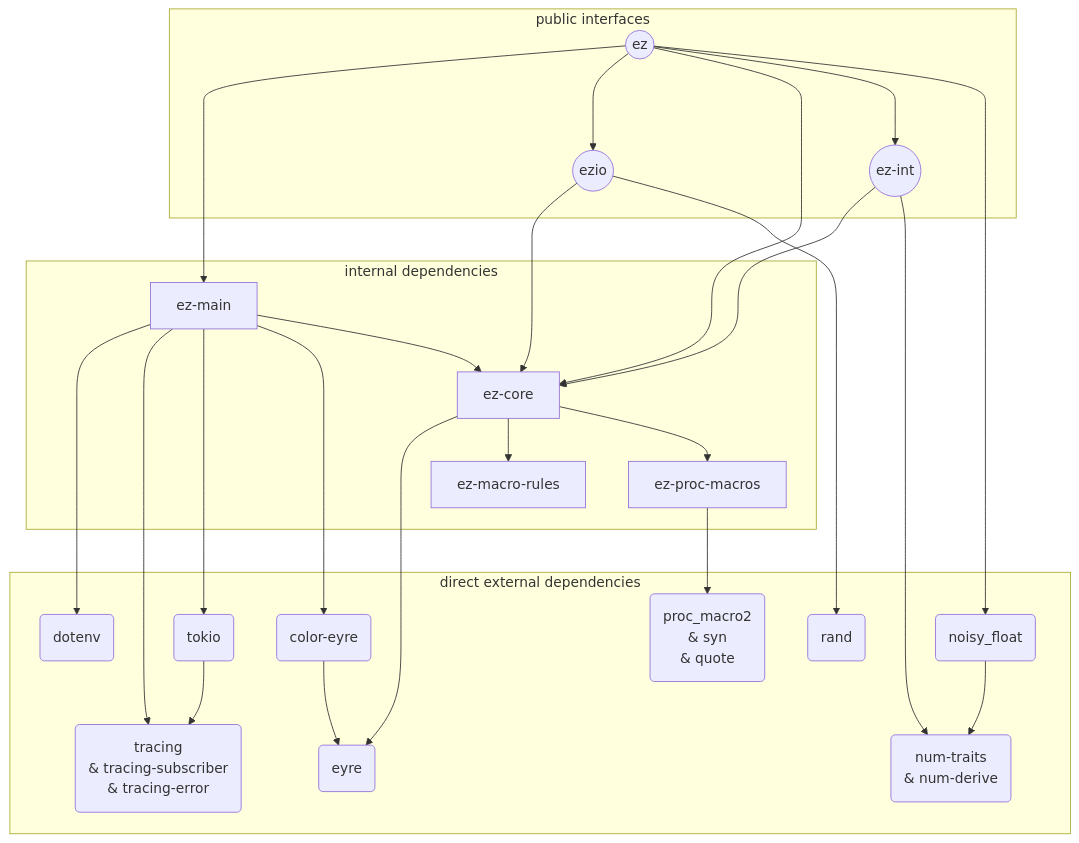
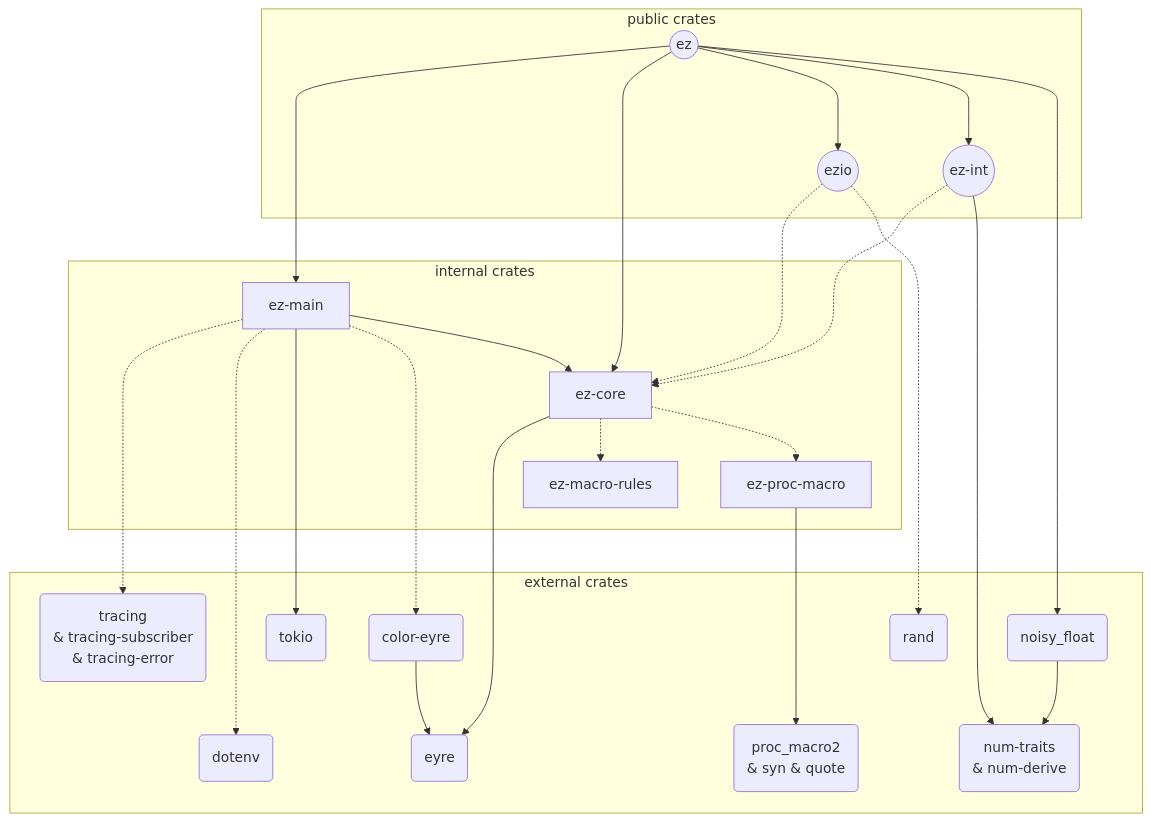
The diagram in CONTRIBUTING.md (jeremyBanks/ez), drawn with Mermaid before and after one commit. The commit also changed 8 other files, not shown here.

````diff
--- a/CONTRIBUTING.md
+++ b/CONTRIBUTING.md
@@ -5,54 +5,52 @@
 ```mermaid
 graph TD;
-  subgraph public interfaces
+  subgraph public crates
     ez((ez))
     ez-int((ez-int))
     ezio((ezio))
   end
 
-  subgraph internal dependencies
+  subgraph internal crates
     ez-main
     ez-core
     ez-macro-rules
-    ez-proc-macros
+    ez-proc-macro
   end
 
-  subgraph direct external dependencies
+  subgraph external crates
     rand(rand)
     eyre(eyre)
     color-eyre(color-eyre)
     noisy_float(noisy_float)
     num-traits("num-traits<br>&amp; num-derive")
-    proc_macro2("proc_macro2<br>&amp; syn<br>&amp; quote")
+    proc_macro2("proc_macro2<br>&amp; syn &amp; quote")
     tokio(tokio)
     tracing("tracing<br>&amp; tracing-subscriber<br>&amp; tracing-error")
     dotenv(dotenv)
   end
 
   ez ----> ez-main
+  ez ----> ez-core
   ez ---> ezio
-  ez ----> ez-core
   ez ---> ez-int
   ez ------> noisy_float
 
-  ez-int --> ez-core
+  ez-int -..-> ez-core
   ez-int ----> num-traits
 
-  ez-main ----> dotenv
-  ez-main ----> tracing
-  ez-main ----> tokio
-  ez-main ----> color-eyre
+  ez-main -...-> tracing
+  ez-main -....-> dotenv
+  ez-main ---> tokio
+  ez-main -..-> color-eyre
   ez-main --> ez-core
 
   ez-core --> eyre
-  ez-core --> ez-macro-rules
-  ez-core --> ez-proc-macros
+  ez-core -.-> ez-macro-rules
+  ez-core -.-> ez-proc-macro
 
-
-  ez-proc-macros --> proc_macro2
-  ezio --> ez-core
+  color-eyre --> eyre
+  ez-proc-macro ---> proc_macro2
+  ezio -..-> ez-core
   noisy_float --> num-traits
-  tokio --> tracing
-  ezio --> rand
-  color-eyre --> eyre
+  ezio -..-> rand
 ```
````
